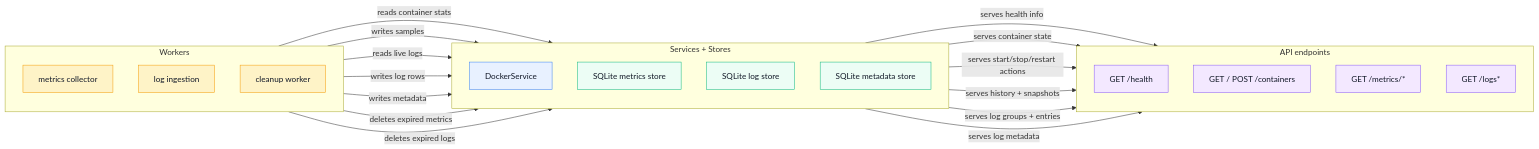
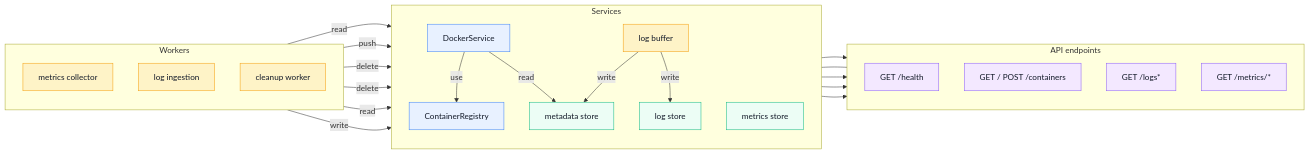
One commit to skvostik/vpsiner changed the diagram in docs/ARCHITECTURE.md. Above: the diagram before and after it, drawn with Mermaid. The commit also changed other lines of this file, not shown here.

````diff
--- a/docs/ARCHITECTURE.md
+++ b/docs/ARCHITECTURE.md
@@ -3,52 +3,57 @@
 ```mermaid
 flowchart LR
     subgraph Left[Workers]
         direction TB
         MetricsCollector[metrics collector]
         LogIngest[log ingestion]
         Retention[cleanup worker]
     end
 
-    subgraph Middle[Services + Stores]
+    subgraph Middle[Services]
         direction TB
         Docker[DockerService]
-        MetricsStore[SQLite metrics store]
-        LogStore[SQLite log store]
-        Metadata[SQLite metadata store]
+        Registry[ContainerRegistry]
+        Metadata[metadata store]
+        LogBuffer[log buffer]
+        LogStore[log store]
+        MetricsStore[metrics store]
     end
 
     subgraph Right[API endpoints]
         direction TB
         Health[GET /health]
         Containers[GET / POST /containers]
+        Logs[GET /logs*]
         Metrics[GET /metrics/*]
-        Logs[GET /logs*]
     end
 
-    MetricsCollector -->|reads container stats| Docker
-    MetricsCollector -->|writes samples| MetricsStore
+    LogIngest -->|read| Docker
+    LogIngest -->|push| LogBuffer
+    LogBuffer -->|write| Metadata
+    LogBuffer -->|write| LogStore
 
-    LogIngest -->|reads live logs| Docker
-    LogIngest -->|writes log rows| LogStore
-    LogIngest -->|writes metadata| Metadata
+    Docker -->|use| Registry
+    Docker -->|read| Metadata
 
-    Retention -->|deletes expired metrics| MetricsStore
-    Retention -->|deletes expired logs| LogStore
+    Retention -->|delete| MetricsStore
+    Retention -->|delete| LogStore
 
-    Docker -->|serves health info| Health
-    Docker -->|serves container state| Containers
-    Docker -->|serves start/stop/restart actions| Containers
-    MetricsStore -->|serves history + snapshots| Metrics
-    LogStore -->|serves log groups + entries| Logs
-    Metadata -->|serves log metadata| Logs
+    Docker --> Health
+    Docker --- Containers
+    LogStore --> Logs
+    Metadata --> Logs
+    MetricsStore --> Metrics
+
+    MetricsCollector -->|read| Docker
+    MetricsCollector -->|write| MetricsStore
 
     classDef worker fill:#fef3c7,stroke:#f59e0b,stroke-width:1px,color:#111827;
     classDef service fill:#e8f1ff,stroke:#3b82f6,stroke-width:1px,color:#111827;
     classDef store fill:#ecfdf5,stroke:#10b981,stroke-width:1px,color:#111827;
     classDef api fill:#f3e8ff,stroke:#8b5cf6,stroke-width:1px,color:#111827;
 
-    class MetricsCollector,LogIngest,Retention worker;
-    class Docker service;
+    class MetricsCollector,LogIngest,LogBuffer,Retention worker;
+    class Docker,Registry service;
     class MetricsStore,LogStore,Metadata store;
     class Health,Containers,Metrics,Logs api;
 ```
````
